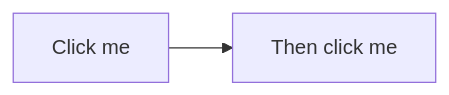
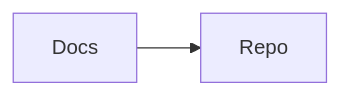
One commit to hgrabows/diagrammer-skills changed diagram 14 of 14 in skills/diagrammer/specs/mermaid/flowchart.md. Above: the diagram before and after it, drawn with Mermaid. The commit also changed other lines of this file and 25 other files, not shown here.

First line of the commit message:
feat: support Mermaid 12 and add ten diagram types

````diff
--- a/skills/diagrammer/specs/mermaid/flowchart.md
+++ b/skills/diagrammer/specs/mermaid/flowchart.md
@@ -188,6 +258,6 @@
 ```mermaid
 flowchart LR
-    A[Click me] --> B[Then click me]
+    A[Docs] --> B[Repo]
     click A "https://example.com" "Open documentation"
-    click B alert "Show alert"
+    click B href "https://example.com/repo" "Open repository" _blank
 ```
````
